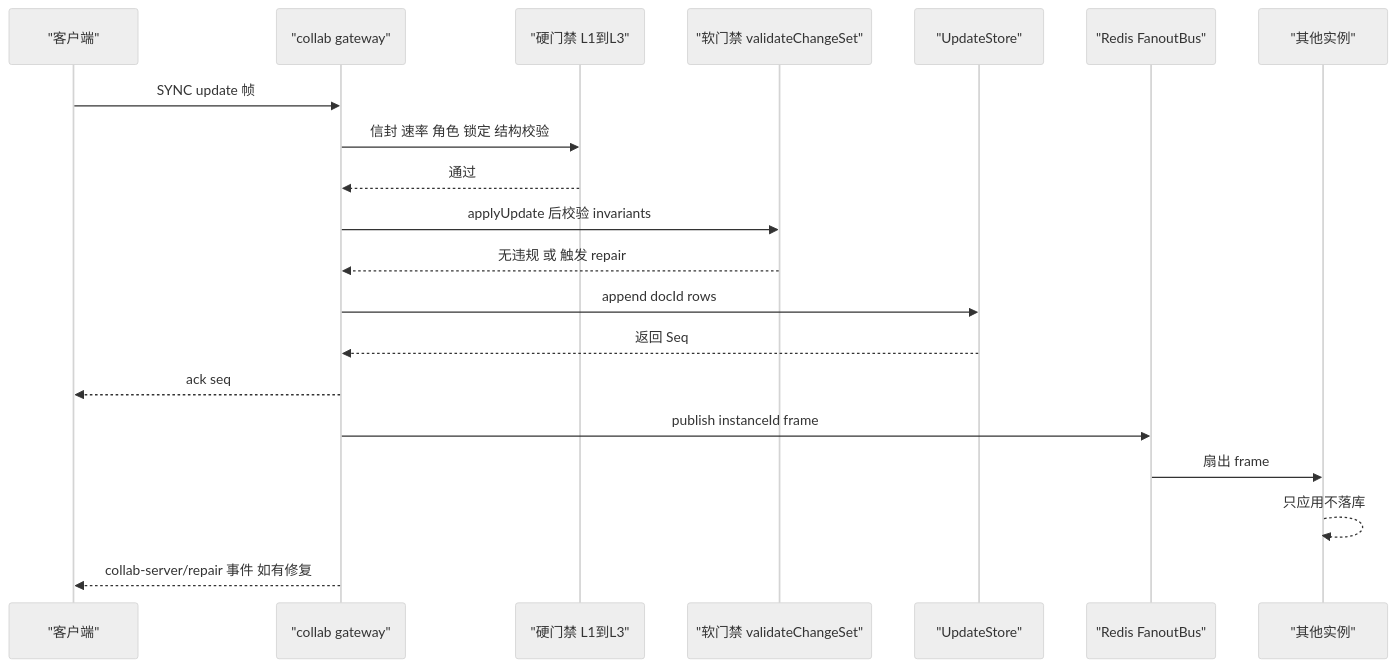
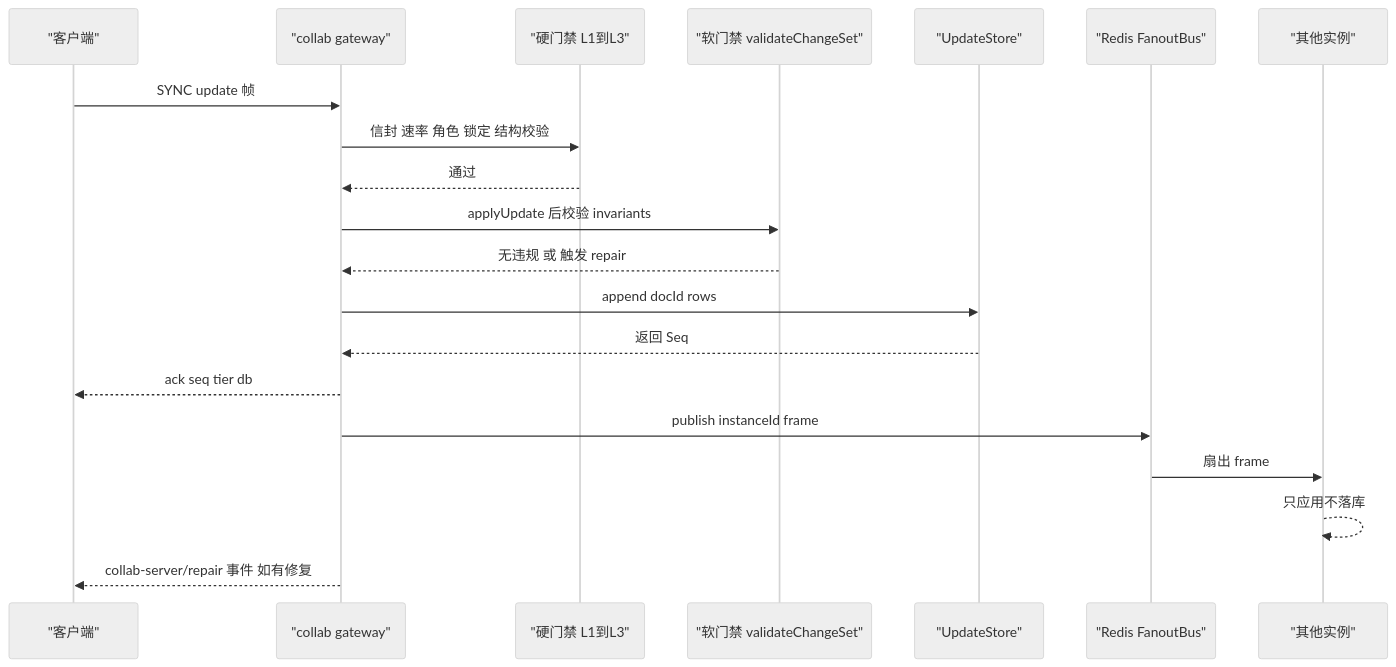
The fourth of 5 diagrams in docs/40-modules/09-server-collab-gateway-and-headless-host.md (Xeonice/cordis-ppt-editor), drawn with Mermaid (neutral theme) before and after one commit. The commit also changed other lines of this file and 23 other files, not shown here.

````diff
--- a/docs/40-modules/09-server-collab-gateway-and-headless-host.md
+++ b/docs/40-modules/09-server-collab-gateway-and-headless-host.md
@@ -310,22 +319,22 @@
 ```mermaid
 sequenceDiagram
 participant client as "客户端"
 participant gateway as "collab gateway"
 participant hardGate as "硬门禁 L1到L3"
 participant softGate as "软门禁 validateChangeSet"
 participant store as "UpdateStore"
 participant fanout as "Redis FanoutBus"
 participant other as "其他实例"
 client->>gateway: SYNC update 帧
 gateway->>hardGate: 信封 速率 角色 锁定 结构校验
 hardGate-->>gateway: 通过
 gateway->>softGate: applyUpdate 后校验 invariants
 softGate-->>gateway: 无违规 或 触发 repair
 gateway->>store: append docId rows
 store-->>gateway: 返回 Seq
-gateway-->>client: ack seq
+gateway-->>client: ack seq tier db
 gateway->>fanout: publish instanceId frame
 fanout->>other: 扇出 frame
 other-->>other: 只应用不落库
 gateway-->>client: collab-server/repair 事件 如有修复
 ```
````
